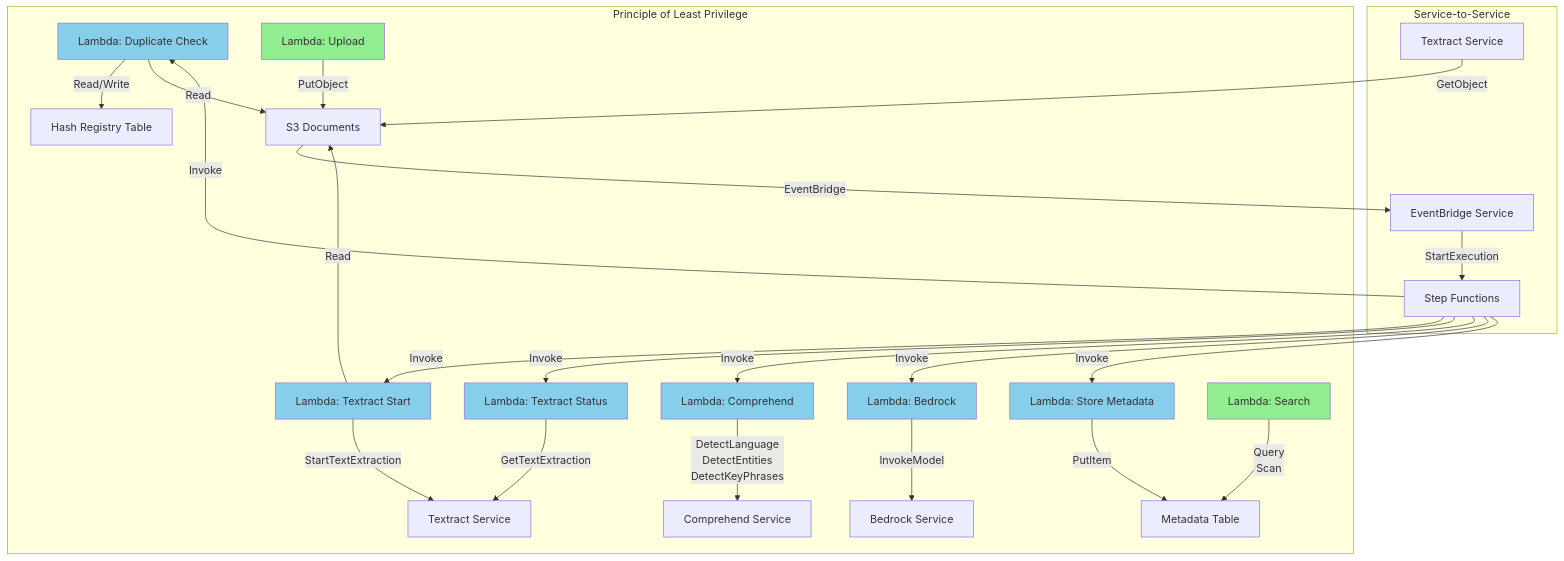
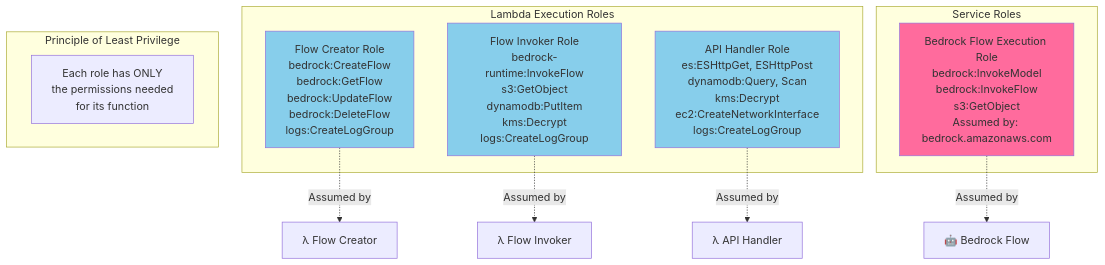
Diagram 12 of 19 in ARCHITECTURE.md (annabook21/IntelligentDoc_Processor), drawn with Mermaid before and after one commit. The commit also changed other lines of this file and 5 other files, not shown here.

First line of the commit message:
Add accurate architecture documentation and AWS diagram creation guides

````diff
--- a/ARCHITECTURE.md
+++ b/ARCHITECTURE.md
@@ -658,43 +562,26 @@
 ```mermaid
-graph TD
+graph TB
+    subgraph "Lambda Execution Roles"
+        FlowCreatorRole[Flow Creator Role<br/>bedrock:CreateFlow<br/>bedrock:GetFlow<br/>bedrock:UpdateFlow<br/>bedrock:DeleteFlow<br/>logs:CreateLogGroup]
+        FlowInvokerRole[Flow Invoker Role<br/>bedrock-runtime:InvokeFlow<br/>s3:GetObject<br/>dynamodb:PutItem<br/>kms:Decrypt<br/>logs:CreateLogGroup]
+        APIHandlerRole[API Handler Role<br/>es:ESHttpGet, ESHttpPost<br/>dynamodb:Query, Scan<br/>kms:Decrypt<br/>ec2:CreateNetworkInterface<br/>logs:CreateLogGroup]
+    end
+
+    subgraph "Service Roles"
+        BedrockFlowRole[Bedrock Flow Execution Role<br/>bedrock:InvokeModel<br/>bedrock:InvokeFlow<br/>s3:GetObject<br/>Assumed by: bedrock.amazonaws.com]
+    end
+
     subgraph "Principle of Least Privilege"
-        L1[Lambda: Duplicate Check] -->|Read/Write| Hash[Hash Registry Table]
-        L1 -->|Read| S3_Doc[S3 Documents]
-        
-        L2[Lambda: Textract Start] -->|Read| S3_Doc
-        L2 -->|StartTextExtraction| Textract[Textract Service]
-        
-        L3[Lambda: Textract Status] -->|GetTextExtraction| Textract
-        
-        L4[Lambda: Comprehend] -->|DetectLanguage<br/>DetectEntities<br/>DetectKeyPhrases| Comprehend[Comprehend Service]
-        
-        L5[Lambda: Bedrock] -->|InvokeModel| Bedrock[Bedrock Service]
-        
-        L6[Lambda: Store Metadata] -->|PutItem| Metadata[Metadata Table]
-        
-        L7[Lambda: Search] -->|Query<br/>Scan| Metadata
-        
-        L8[Lambda: Upload] -->|PutObject| S3_Doc
+        Note1[Each role has ONLY<br/>the permissions needed<br/>for its function]
     end
-    
-    subgraph "Service-to-Service"
-        Textract_Role[Textract Service] -->|GetObject| S3_Doc
-        S3_Doc -->|EventBridge| EventBridge[EventBridge Service]
-        EventBridge -->|StartExecution| SFN[Step Functions]
-        SFN -->|Invoke| L1
-        SFN -->|Invoke| L2
-        SFN -->|Invoke| L3
-        SFN -->|Invoke| L4
-        SFN -->|Invoke| L5
-        SFN -->|Invoke| L6
-    end
-    
-    style L1 fill:#87CEEB
-    style L2 fill:#87CEEB
-    style L3 fill:#87CEEB
-    style L4 fill:#87CEEB
-    style L5 fill:#87CEEB
-    style L6 fill:#87CEEB
-    style L7 fill:#90EE90
-    style L8 fill:#90EE90
+
+    FlowCreatorRole -.->|Assumed by| Lambda1[λ Flow Creator]
+    FlowInvokerRole -.->|Assumed by| Lambda2[λ Flow Invoker]
+    APIHandlerRole -.->|Assumed by| Lambda3[λ API Handler]
+    BedrockFlowRole -.->|Assumed by| BedrockFlow[🤖 Bedrock Flow]
+
+    style FlowCreatorRole fill:#87CEEB
+    style FlowInvokerRole fill:#87CEEB
+    style APIHandlerRole fill:#87CEEB
+    style BedrockFlowRole fill:#ff6b9d
 ```
````
